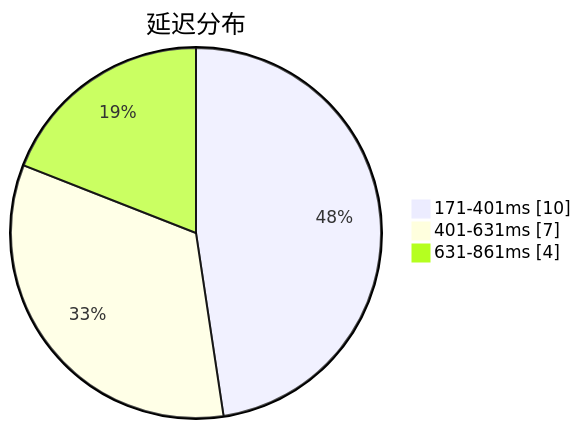
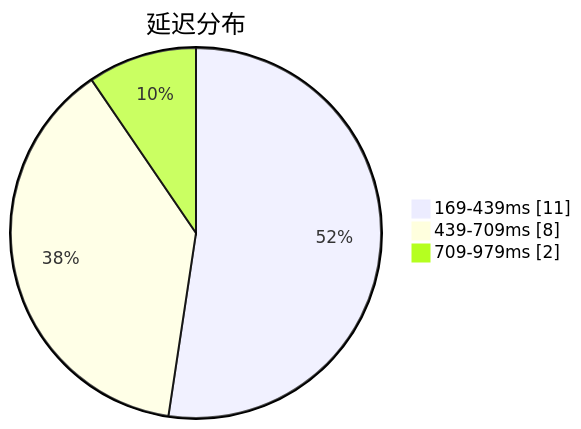
The first of 3 diagrams in subs/statistics/tested_within.md (sinspired/airport), drawn with Mermaid before and after one commit. The commit also changed other lines of this file and 2 other files, not shown here.

````diff
--- a/subs/statistics/tested_within.md
+++ b/subs/statistics/tested_within.md
@@ -2,7 +2,7 @@
 ```mermaid
 pie showData
 title 延迟分布
-"171-401ms" : 10
-"401-631ms" : 7
-"631-861ms" : 4
+"169-439ms" : 11
+"439-709ms" : 8
+"709-979ms" : 2
 ```
````
